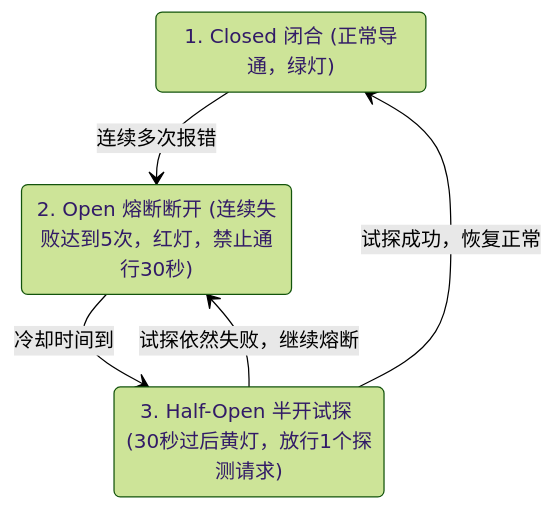
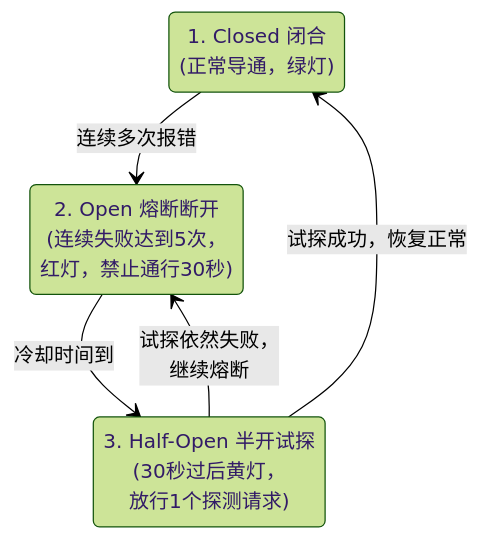
One commit to fengzhizi319/PrivShield changed the fourth of 20 diagrams in docs/gateway_balancer/design.md. Above: the diagram before and after it, drawn with Mermaid (forest theme). The commit also changed other lines of this file and 20 other files, not shown here.

````diff
--- a/docs/gateway_balancer/design.md
+++ b/docs/gateway_balancer/design.md
@@ -118,11 +118,11 @@
 ```mermaid
 stateDiagram-v2
-    Closed: 1. Closed 闭合 (正常导通，绿灯)
-    Open: 2. Open 熔断断开 (连续失败达到5次，红灯，禁止通行30秒)
-    Half_Open: 3. Half-Open 半开试探 (30秒过后黄灯，放行1个探测请求)
+    Closed: 1. Closed 闭合<br/> (正常导通，绿灯)
+    Open: 2. Open 熔断断开<br/> (连续失败达到5次，<br/>红灯，禁止通行30秒)
+    Half_Open: 3. Half-Open 半开试探<br/> (30秒过后黄灯，<br/>放行1个探测请求)
 
     Closed --> Open: 连续多次报错
     Open --> Half_Open: 冷却时间到
     Half_Open --> Closed: 试探成功，恢复正常
-    Half_Open --> Open: 试探依然失败，继续熔断
+    Half_Open --> Open: 试探依然失败，<br/>继续熔断
 ```
````
